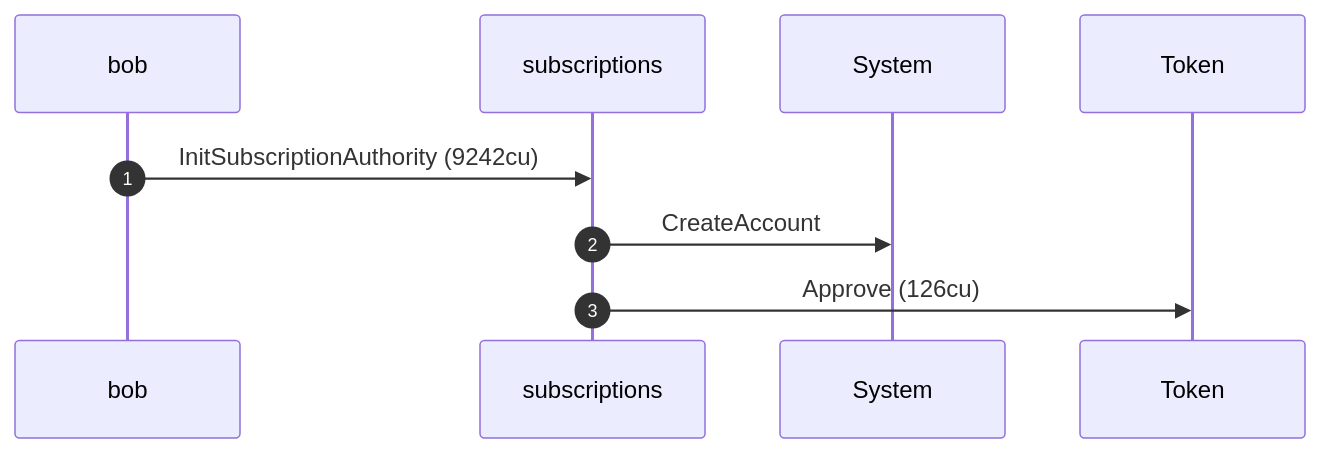
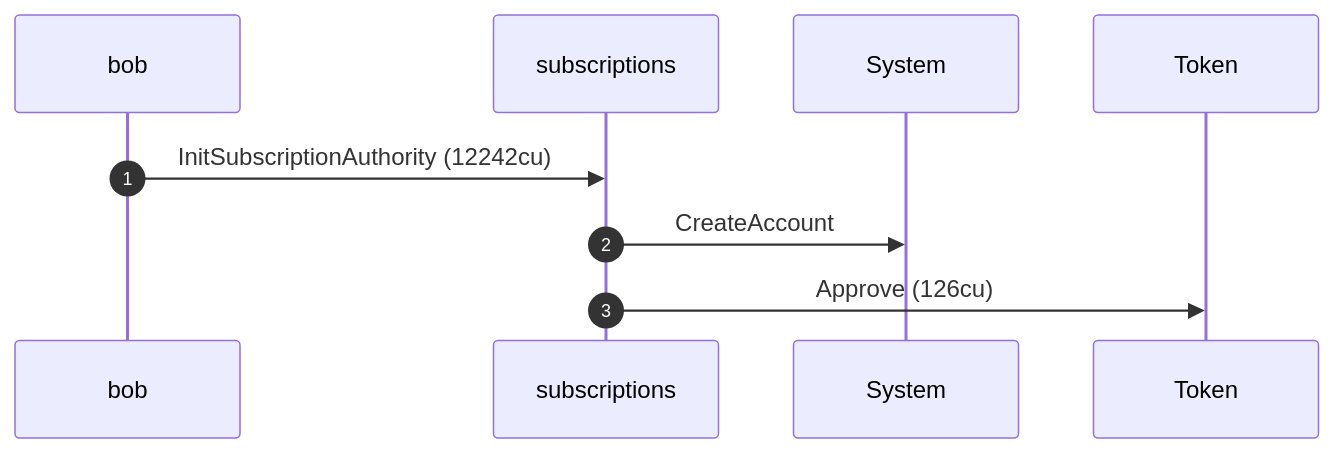
Before and after one commit to cds-rs/subscriptions: the ninth of 16 diagrams in dsl_tests/fixed-transfer-delegator-mismatch-exploit-is-blocked.md, drawn with Mermaid. The commit also changed other lines of this file and 224 other files, not shown here.

````diff
--- a/dsl_tests/fixed-transfer-delegator-mismatch-exploit-is-blocked.md
+++ b/dsl_tests/fixed-transfer-delegator-mismatch-exploit-is-blocked.md
@@ -180,11 +189,11 @@
 ```mermaid
 sequenceDiagram
     autonumber
     participant bob
     participant subscriptions
     participant System
     participant Token
-    bob ->> subscriptions: InitSubscriptionAuthority (9242cu)
+    bob ->> subscriptions: InitSubscriptionAuthority (12242cu)
     subscriptions ->> System: CreateAccount
     subscriptions ->> Token: Approve (126cu)
 ```
````
